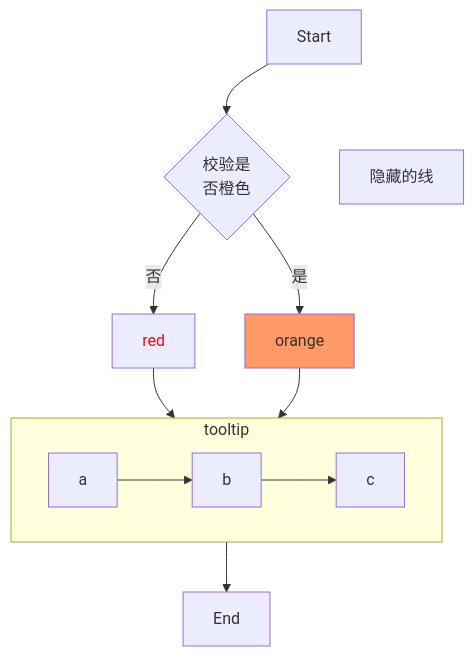
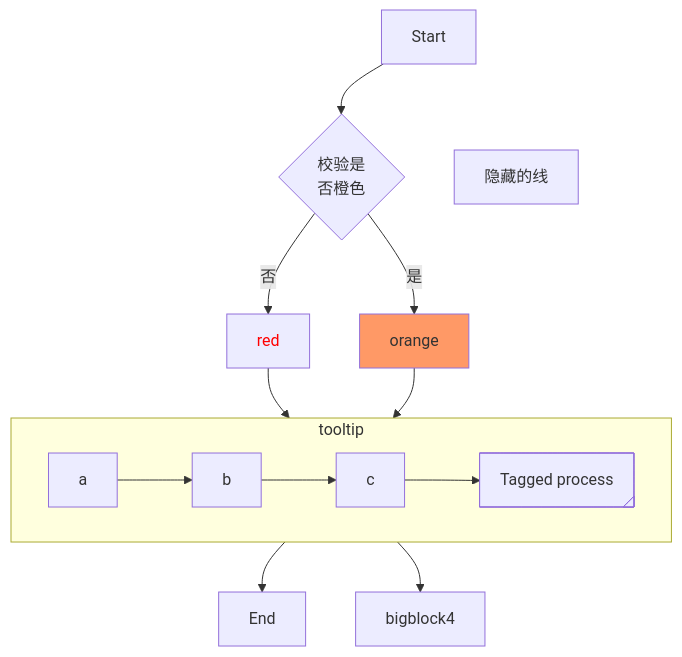
Before and after one commit to ramwin/linux-reference: the diagram in restructed/markdown.md, drawn with Mermaid. The commit also changed other lines of this file and 5 other files, not shown here.

````diff
--- a/restructed/markdown.md
+++ b/restructed/markdown.md
@@ -56,14 +60,18 @@
 ```{mermaid}
 flowchart TB;
     Start --> check{校验是\n否橙色}
     Start ~~~ 隐藏的线
     check --> |是| orange:::orange
     check --> |否| red:::red
     red & orange --> tooltip --> End
+    tooltip --> bigblock4:::big
     subgraph "tooltip"
         a --> b
         b --> c
+        c --> d@{ shape: tag-rect, label: "Tagged process"}
     end
     classDef orange fill:#f96
+    classDef big fontsize:100
     classDef red color: #f00
+    classDef orange,big,red font-size:12pt;
 ```
````
